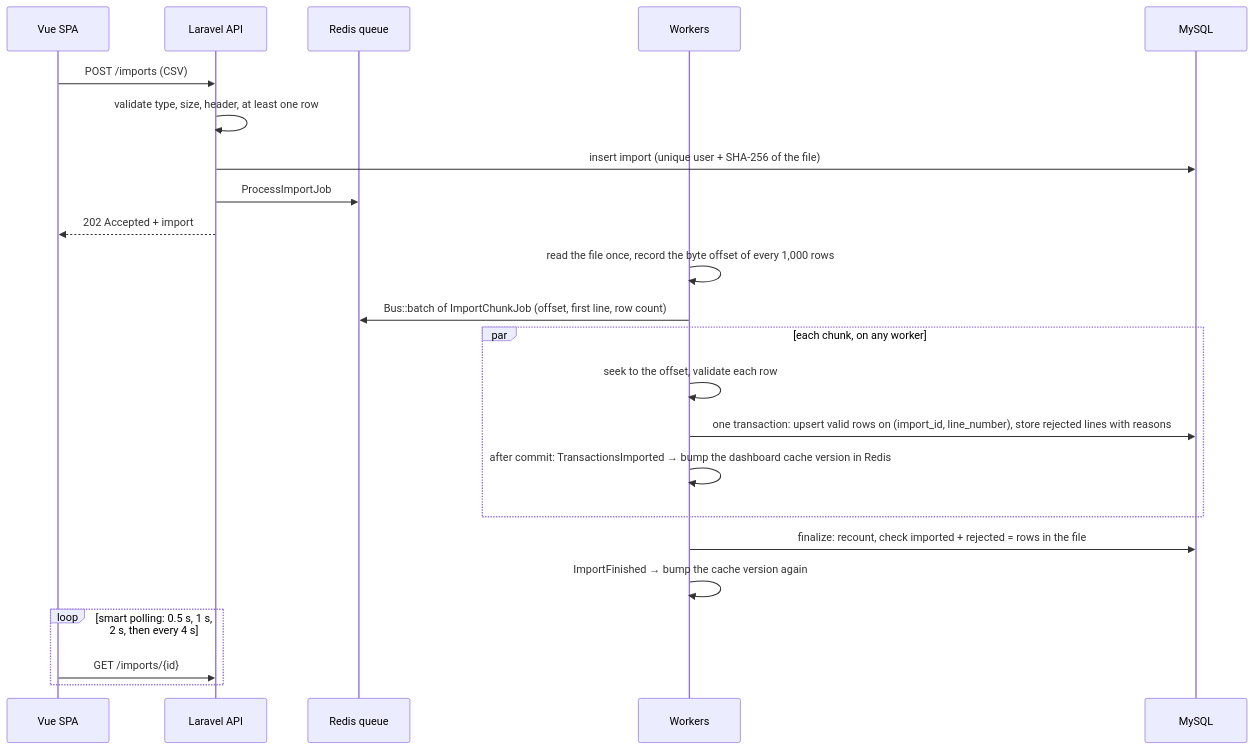
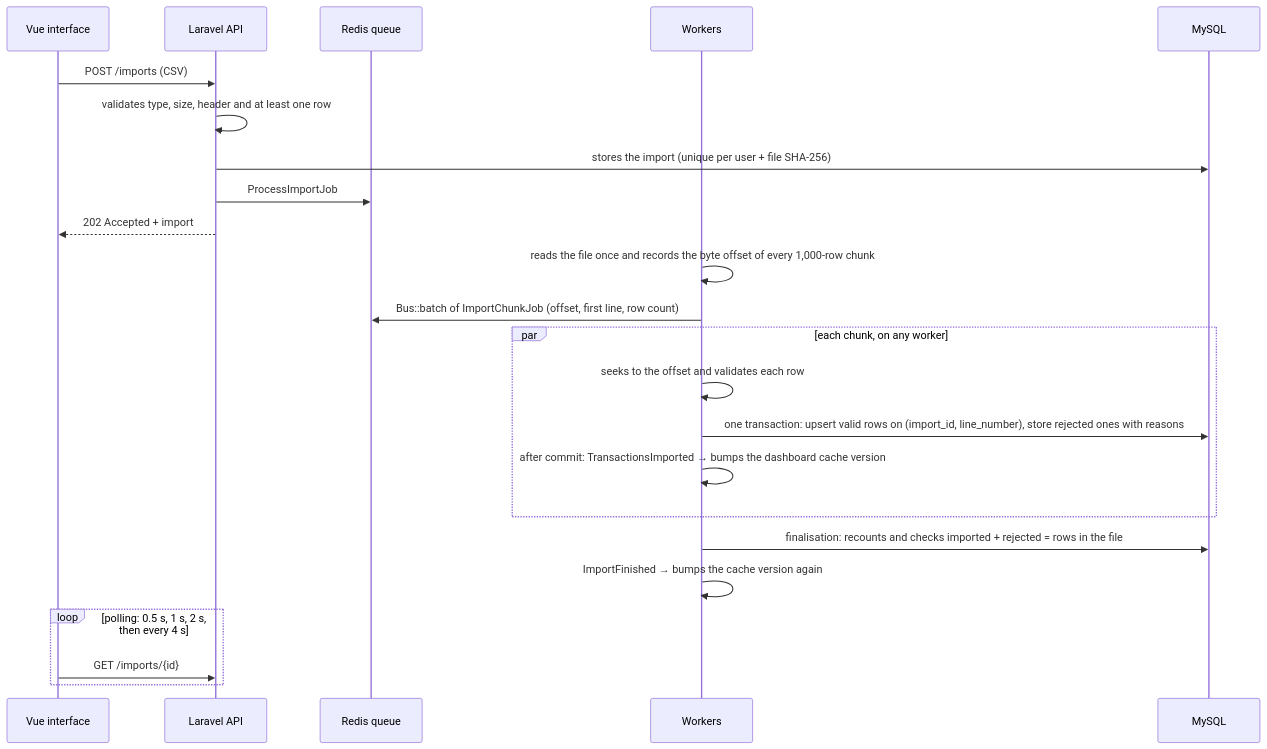
The diagram in README.en.md (filipelira1/financial-import), drawn with Mermaid before and after one commit. The commit also changed other lines of this file and 7 other files, not shown here.

````diff
--- a/README.en.md
+++ b/README.en.md
@@ -165,26 +123,26 @@
 ```mermaid
 sequenceDiagram
-    participant SPA as Vue SPA
+    participant SPA as Vue interface
     participant API as Laravel API
     participant Q as Redis queue
     participant W as Workers
     participant DB as MySQL
 
     SPA->>API: POST /imports (CSV)
-    API->>API: validate type, size, header, at least one row
-    API->>DB: insert import (unique user + SHA-256 of the file)
+    API->>API: validates type, size, header and at least one row
+    API->>DB: stores the import (unique per user + file SHA-256)
     API->>Q: ProcessImportJob
     API-->>SPA: 202 Accepted + import
-    W->>W: read the file once, record the byte offset of every 1,000 rows
+    W->>W: reads the file once and records the byte offset of every 1,000-row chunk
     W->>Q: Bus::batch of ImportChunkJob (offset, first line, row count)
     par each chunk, on any worker
-        W->>W: seek to the offset, validate each row
-        W->>DB: one transaction: upsert valid rows on (import_id, line_number), store rejected lines with reasons
-        W->>W: after commit: TransactionsImported → bump the dashboard cache version in Redis
+        W->>W: seeks to the offset and validates each row
+        W->>DB: one transaction: upsert valid rows on (import_id, line_number), store rejected ones with reasons
+        W->>W: after commit: TransactionsImported → bumps the dashboard cache version
     end
-    W->>DB: finalize: recount, check imported + rejected = rows in the file
-    W->>W: ImportFinished → bump the cache version again
-    loop smart polling: 0.5 s, 1 s, 2 s, then every 4 s
+    W->>DB: finalisation: recounts and checks imported + rejected = rows in the file
+    W->>W: ImportFinished → bumps the cache version again
+    loop polling: 0.5 s, 1 s, 2 s, then every 4 s
         SPA->>API: GET /imports/{id}
     end
 ```
````
